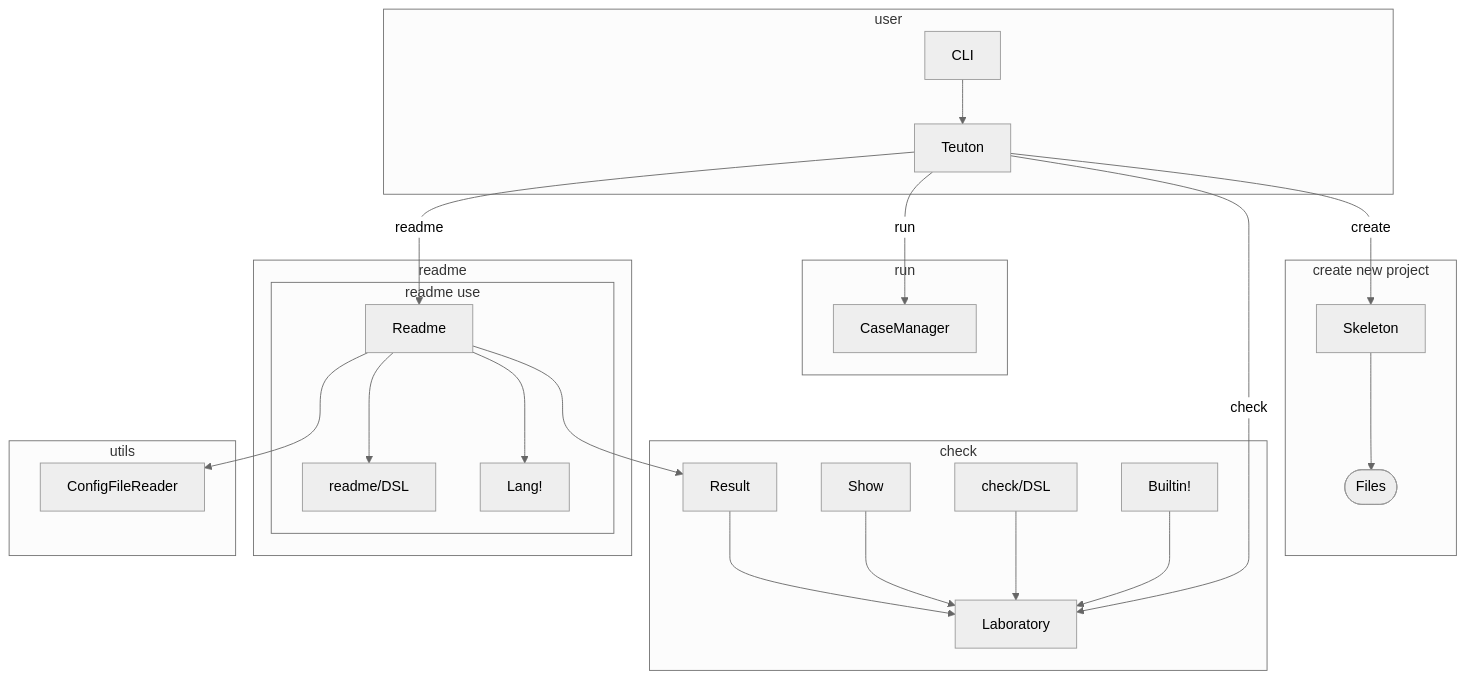
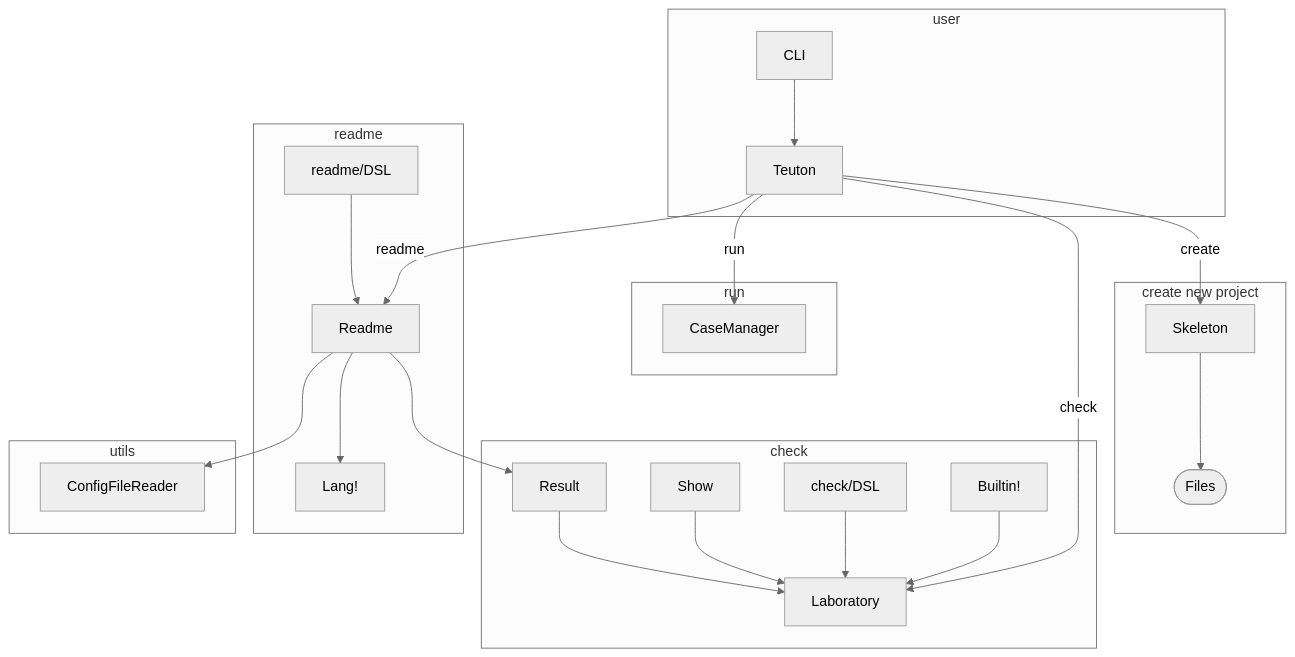
One commit to teuton-software/teuton changed the diagram in docs/diagram.md. Above: the diagram before and after it, drawn with Mermaid (neutral theme).

````diff
--- a/docs/diagram.md
+++ b/docs/diagram.md
@@ -5,39 +5,37 @@
 ```mermaid
 flowchart TB
 
 subgraph user
   CLI --> Teuton
 end
 
 subgraph "create new project"
   Teuton -- create --> Skeleton
   Skeleton --> Files([Files])
 end
 
 subgraph check
   Teuton -- check --> Laboratory
 
   Builtin! --> Laboratory
   check/DSL --> Laboratory
   Show --> Laboratory  
   Result --> Laboratory
 end
 
 subgraph run
   Teuton -- run --> CaseManager
 end
 
 subgraph readme
   Teuton -- readme --> Readme
 
-  subgraph "readme use"
-    Readme --> readme/DSL
-    Readme --> Lang!  
-  end
+  readme/DSL --> Readme
+  Readme --> Lang!  
 end
 
 subgraph utils
   Readme --> ConfigFileReader
   Readme --> Result
 end
 ```
````
